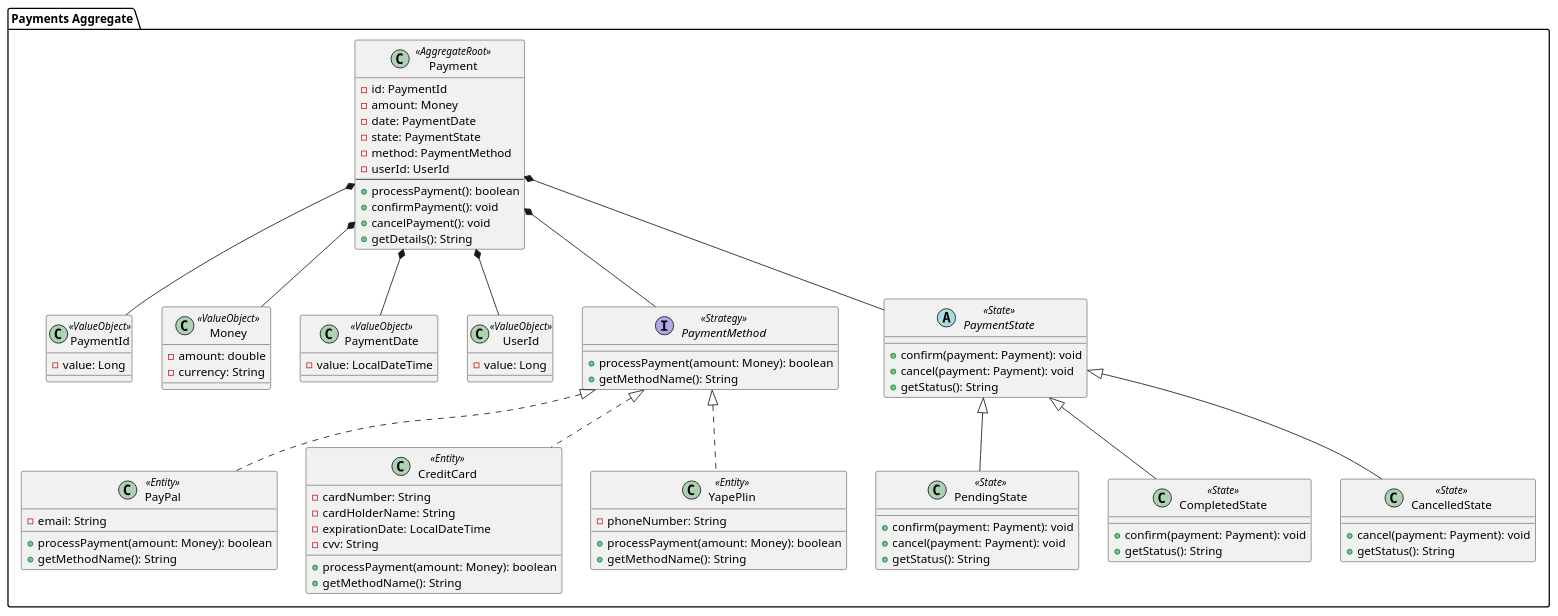
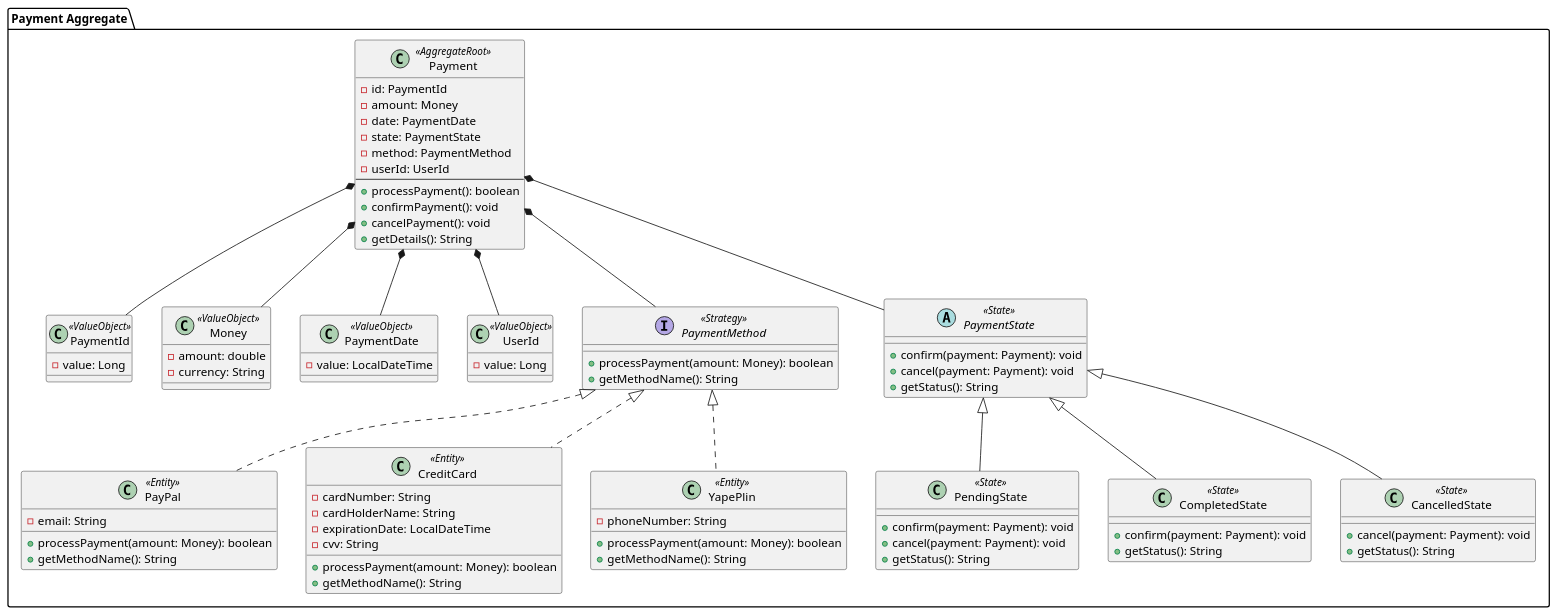
The diagram in Diagrams/aggregates/payments.puml (SoftwareD-P/Proyect-Documentation), drawn with PlantUML before and after one commit. The commit also changed 8 other files, not shown here.

Commit message:
chore: Diagrams updated

```diff
--- a/Diagrams/aggregates/payments.puml
+++ b/Diagrams/aggregates/payments.puml
@@ -1,91 +1,91 @@
-@startuml Payments BC Aggregate
+@startuml Payment BC Aggregate
 
-package "Payments Aggregate" {
+package "Payment Aggregate" {
 
   class Payment <<AggregateRoot>> {
     - id: PaymentId
     - amount: Money
     - date: PaymentDate
     - state: PaymentState
     - method: PaymentMethod
     - userId: UserId
     --
     + processPayment(): boolean
     + confirmPayment(): void
     + cancelPayment(): void
     + getDetails(): String
   }
 
   class PaymentId <<ValueObject>> {
     - value: Long
   }
 
   class Money <<ValueObject>> {
     - amount: double
     - currency: String
   }
 
   class PaymentDate <<ValueObject>> {
     - value: LocalDateTime
   }
 
   class UserId <<ValueObject>> {
     - value: Long
   }
 
   interface PaymentMethod <<Strategy>> {
     + processPayment(amount: Money): boolean
     + getMethodName(): String
   }
 
   class PayPal <<Entity>> implements PaymentMethod {
     - email: String
     + processPayment(amount: Money): boolean
     + getMethodName(): String
   }
 
   class CreditCard <<Entity>> implements PaymentMethod {
     - cardNumber: String
     - cardHolderName: String
     - expirationDate: LocalDateTime
     - cvv: String
     + processPayment(amount: Money): boolean
     + getMethodName(): String
   }
 
   class YapePlin <<Entity>> implements PaymentMethod {
     - phoneNumber: String
     + processPayment(amount: Money): boolean
     + getMethodName(): String
   }
 
   abstract class PaymentState <<State>> {
     + confirm(payment: Payment): void
     + cancel(payment: Payment): void
     + getStatus(): String
   }
 
   class PendingState <<State>> extends PaymentState {
     + confirm(payment: Payment): void
     + cancel(payment: Payment): void
     + getStatus(): String
   }
 
   class CompletedState <<State>> extends PaymentState {
     + confirm(payment: Payment): void
     + getStatus(): String
   }
 
   class CancelledState <<State>> extends PaymentState {
     + cancel(payment: Payment): void
     + getStatus(): String
   }
 
   Payment *-- PaymentId
   Payment *-- Money
   Payment *-- PaymentDate
   Payment *-- PaymentMethod
   Payment *-- PaymentState
   Payment *-- UserId
 }
 @enduml
```
